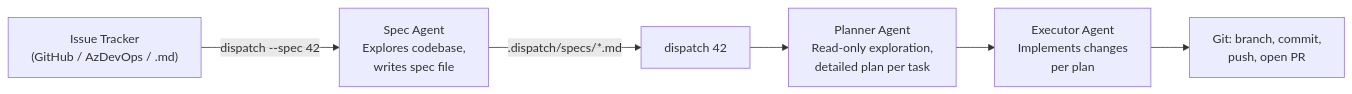
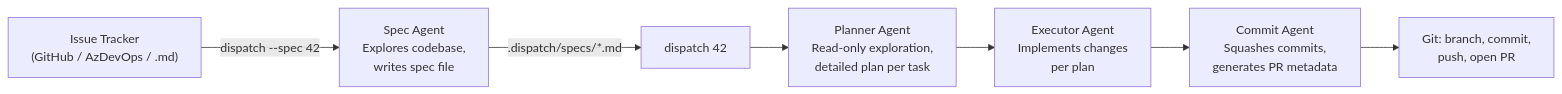
Before and after one commit to PatrickRuddiman/Dispatch: the second of 5 diagrams in docs/architecture.md, drawn with Mermaid. The commit also changed other lines of this file and 51 other files, not shown here.

````diff
--- a/docs/architecture.md
+++ b/docs/architecture.md
@@ -101,8 +101,9 @@
 ```mermaid
 flowchart LR
     A["Issue Tracker<br/>(GitHub / AzDevOps / .md)"] -->|"dispatch --spec 42"| B["Spec Agent<br/>Explores codebase,<br/>writes spec file"]
     B -->|".dispatch/specs/*.md"| C["dispatch 42"]
     C --> D["Planner Agent<br/>Read-only exploration,<br/>detailed plan per task"]
     D --> E["Executor Agent<br/>Implements changes<br/>per plan"]
-    E --> F["Git: branch, commit,<br/>push, open PR"]
+    E --> E2["Commit Agent<br/>Squashes commits,<br/>generates PR metadata"]
+    E2 --> F["Git: branch, commit,<br/>push, open PR"]
 ```
````
